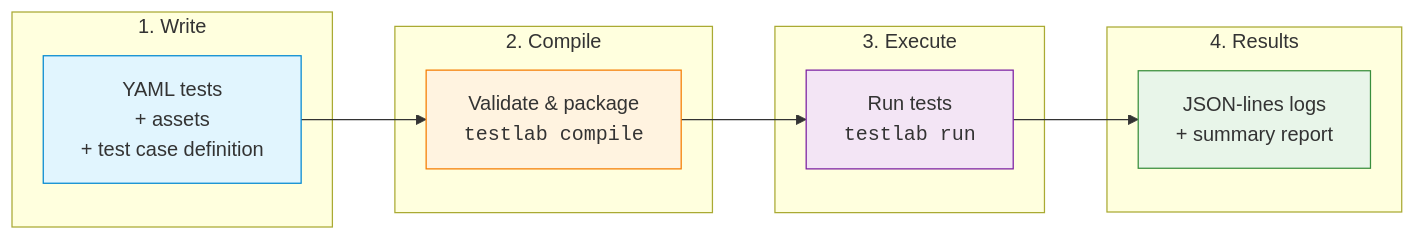
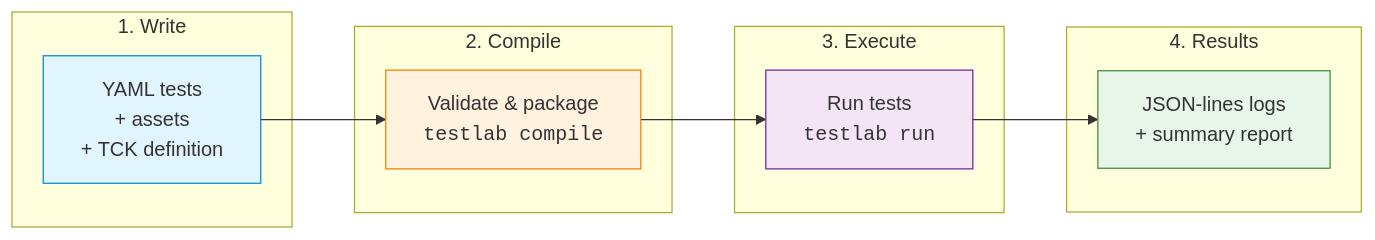
Before and after one commit to tudorfrincu1/tractusx-testlab: the diagram in docs/specification/walkthrough/index.md, drawn with Mermaid. The commit also changed other lines of this file and 144 other files, not shown here.

First line of the commit message:
Refactor TestLab to use TCK terminology and implement SSE streaming for job events

````diff
--- a/docs/specification/walkthrough/index.md
+++ b/docs/specification/walkthrough/index.md
@@ -35,25 +35,25 @@
 ```mermaid
 flowchart LR
     subgraph "1. Write"
-        A["YAML tests<br/>+ assets<br/>+ test case definition"]
+        A["YAML tests<br/>+ assets<br/>+ TCK definition"]
     end
 
     subgraph "2. Compile"
         B["Validate & package<br/><code>testlab compile</code>"]
     end
 
     subgraph "3. Execute"
         C["Run tests<br/><code>testlab run</code>"]
     end
 
     subgraph "4. Results"
         D["JSON-lines logs<br/>+ summary report"]
     end
 
     A --> B --> C --> D
 
     style A fill:#e1f5fe,stroke:#0288d1
     style B fill:#fff3e0,stroke:#f57c00
     style C fill:#f3e5f5,stroke:#7b1fa2
     style D fill:#e8f5e9,stroke:#388e3c
 ```
````
